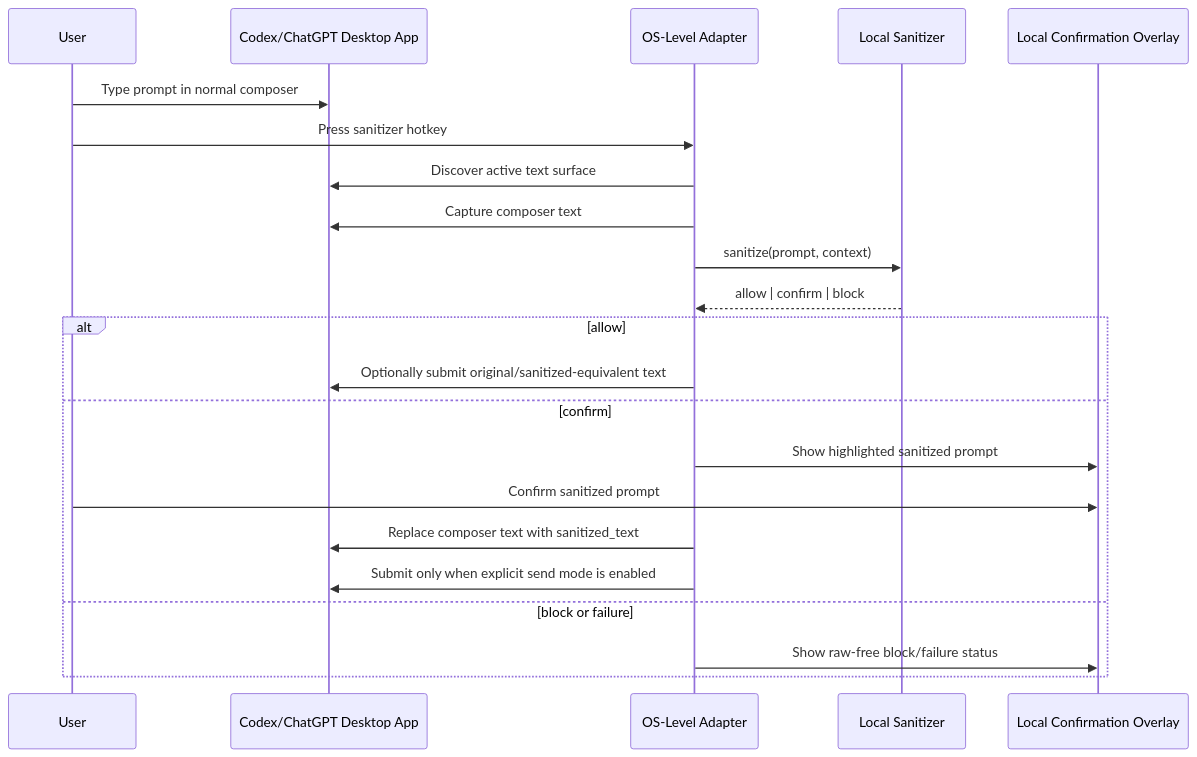
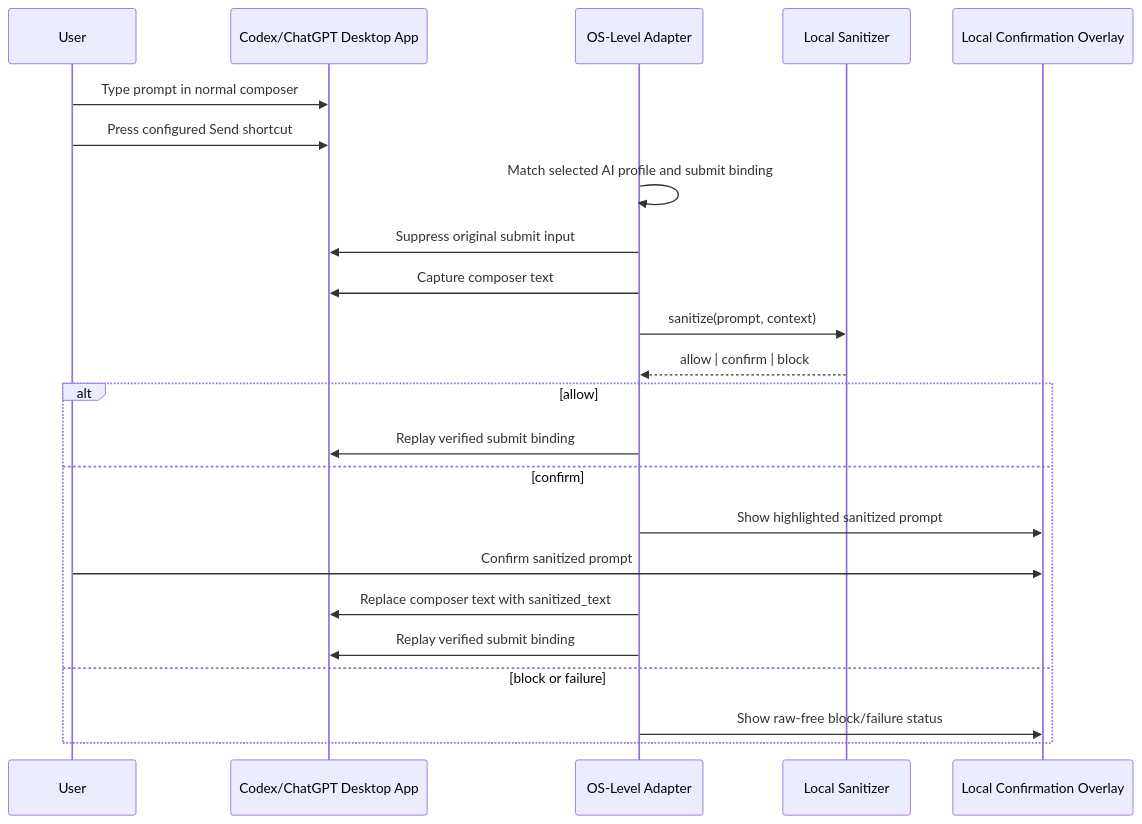
The third of 3 diagrams in codex-redaction-gate-spec/PROMPT_INTERCEPTION.md (dralfus/Codex-Sanetizer), drawn with Mermaid before and after one commit. The commit also changed other lines of this file and 8 other files, not shown here.

````diff
--- a/codex-redaction-gate-spec/PROMPT_INTERCEPTION.md
+++ b/codex-redaction-gate-spec/PROMPT_INTERCEPTION.md
@@ -180,26 +180,27 @@
 ```mermaid
 sequenceDiagram
     participant User
     participant App as Codex/ChatGPT Desktop App
     participant Adapter as OS-Level Adapter
     participant Engine as Local Sanitizer
     participant Overlay as Local Confirmation Overlay
 
     User->>App: Type prompt in normal composer
-    User->>Adapter: Press sanitizer hotkey
-    Adapter->>App: Discover active text surface
+    User->>App: Press configured Send shortcut
+    Adapter->>Adapter: Match selected AI profile and submit binding
+    Adapter->>App: Suppress original submit input
     Adapter->>App: Capture composer text
     Adapter->>Engine: sanitize(prompt, context)
     Engine-->>Adapter: allow | confirm | block
 
     alt allow
-        Adapter->>App: Optionally submit original/sanitized-equivalent text
+        Adapter->>App: Replay verified submit binding
     else confirm
         Adapter->>Overlay: Show highlighted sanitized prompt
         User->>Overlay: Confirm sanitized prompt
         Adapter->>App: Replace composer text with sanitized_text
-        Adapter->>App: Submit only when explicit send mode is enabled
+        Adapter->>App: Replay verified submit binding
     else block or failure
         Adapter->>Overlay: Show raw-free block/failure status
     end
 ```
````
